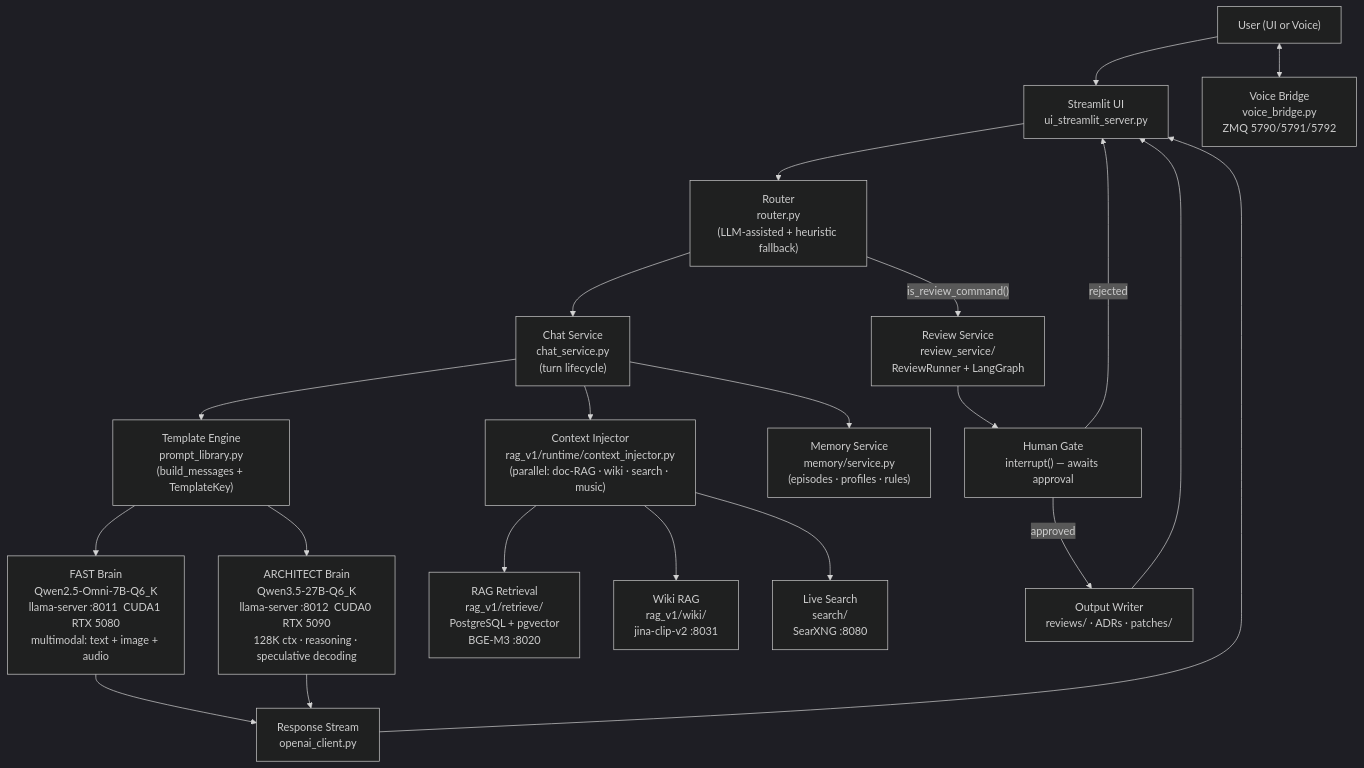
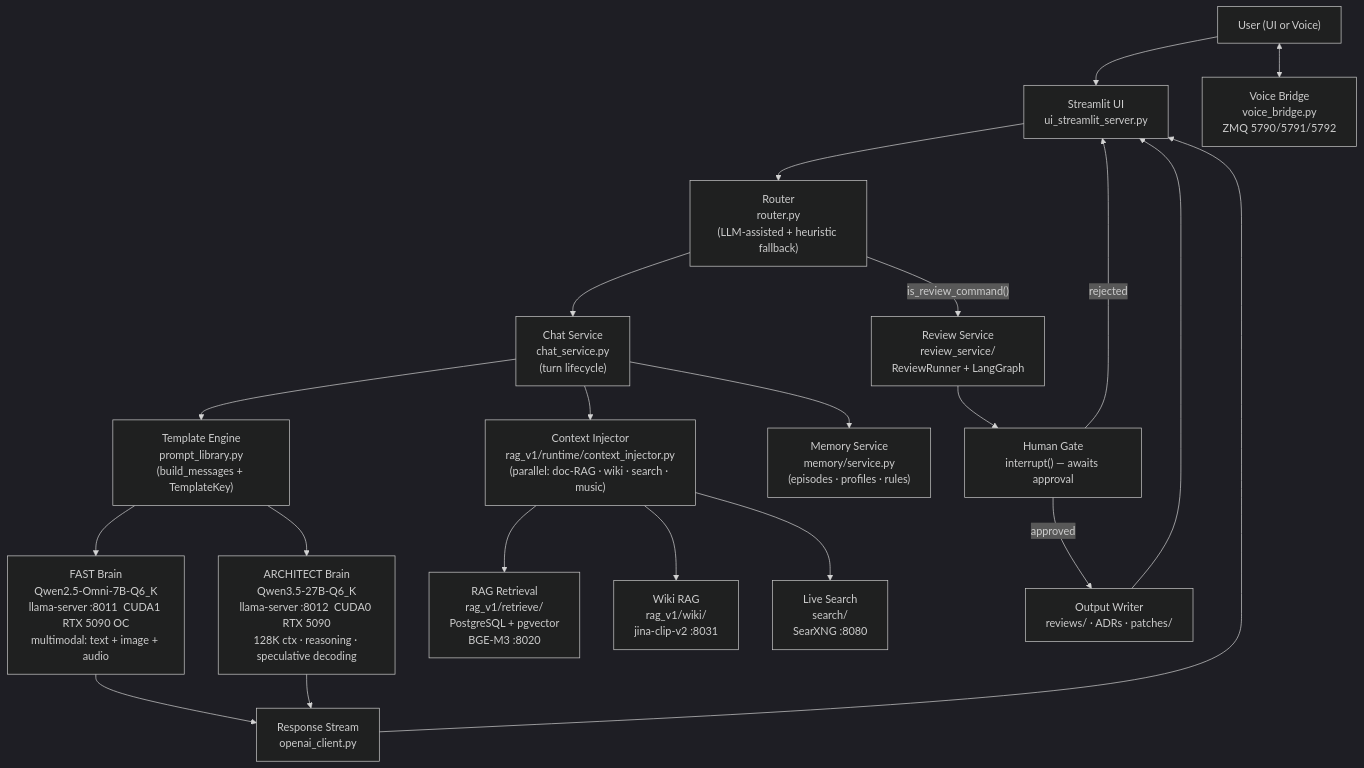
The diagram in docs/01-ARCHITECTURE.md (Que8549/sage_kaizen_ai), drawn with Mermaid (dark theme) before and after one commit. The commit also changed other lines of this file and 17 other files, not shown here.

````diff
--- a/docs/01-ARCHITECTURE.md
+++ b/docs/01-ARCHITECTURE.md
@@ -40,43 +40,43 @@
 ```mermaid
 flowchart TD
     A["User (UI or Voice)"]
     B["Streamlit UI\nui_streamlit_server.py"]
     C["Router\nrouter.py\n(LLM-assisted + heuristic fallback)"]
     D["Chat Service\nchat_service.py\n(turn lifecycle)"]
     E["Template Engine\nprompt_library.py\n(build_messages + TemplateKey)"]
-    F["FAST Brain\nQwen2.5-Omni-7B-Q6_K\nllama-server :8011  CUDA1 RTX 5080\nmultimodal: text + image + audio"]
+    F["FAST Brain\nQwen2.5-Omni-7B-Q6_K\nllama-server :8011  CUDA1 RTX 5090 OC\nmultimodal: text + image + audio"]
     G["ARCHITECT Brain\nQwen3.5-27B-Q6_K\nllama-server :8012  CUDA0 RTX 5090\n128K ctx · reasoning · speculative decoding"]
     H["Context Injector\nrag_v1/runtime/context_injector.py\n(parallel: doc-RAG · wiki · search · music)"]
     I["Memory Service\nmemory/service.py\n(episodes · profiles · rules)"]
     J["RAG Retrieval\nrag_v1/retrieve/\nPostgreSQL + pgvector\nBGE-M3 :8020"]
     K["Wiki RAG\nrag_v1/wiki/\njina-clip-v2 :8031"]
     L["Live Search\nsearch/\nSearXNG :8080"]
     M["Response Stream\nopenai_client.py"]
     N["Review Service\nreview_service/\nReviewRunner + LangGraph"]
     O["Human Gate\ninterrupt() — awaits approval"]
     P["Output Writer\nreviews/ · ADRs · patches/"]
     Q["Voice Bridge\nvoice_bridge.py\nZMQ 5790/5791/5792"]
 
     A --> B
     B --> C
     C --> D
     D --> E
     D --> I
     E --> F
     E --> G
     D --> H
     H --> J
     H --> K
     H --> L
     F --> M
     G --> M
     M --> B
 
     C -->|"is_review_command()"| N
     N --> O
     O -->|"approved"| P
     O -->|"rejected"| B
     P --> B
 
     A <--> Q
 ```
````
